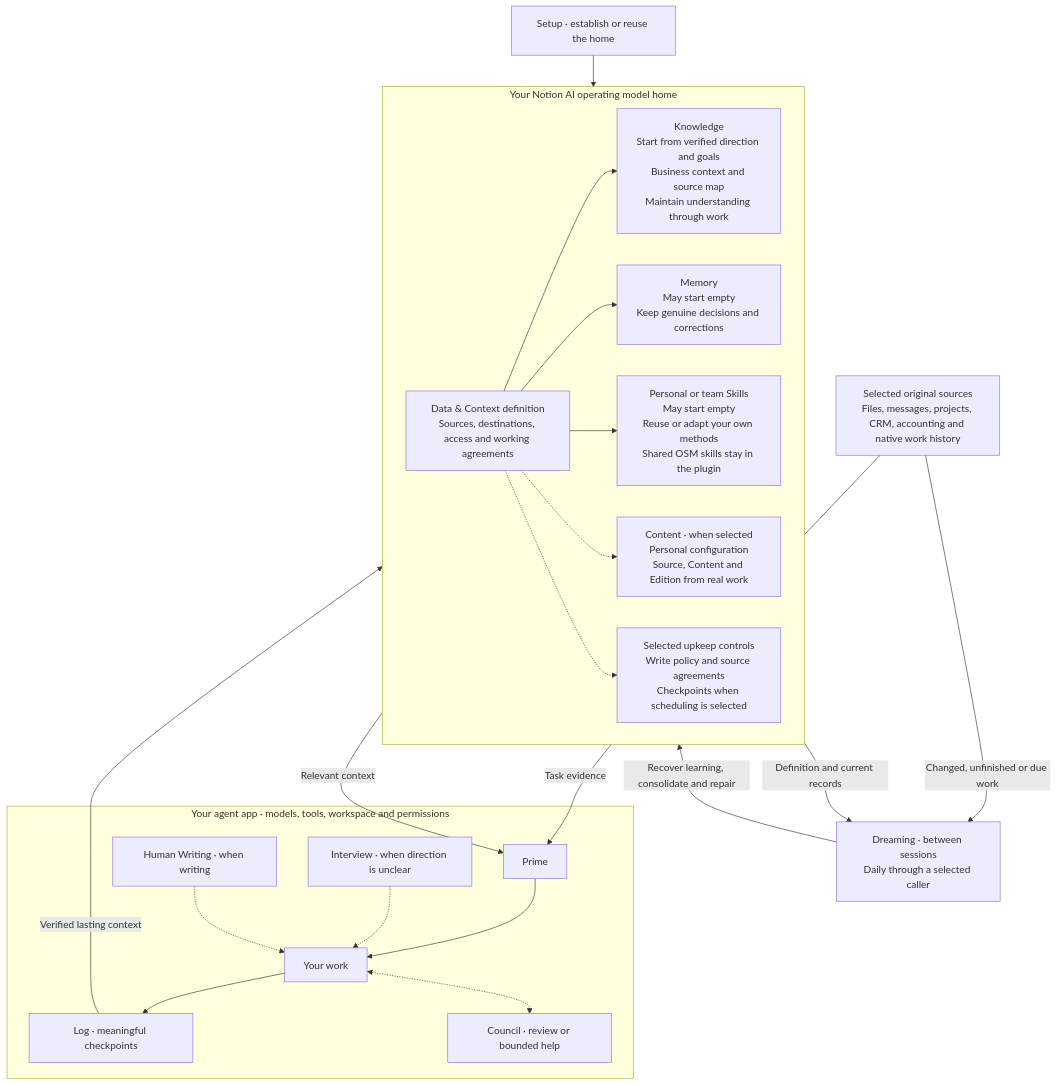
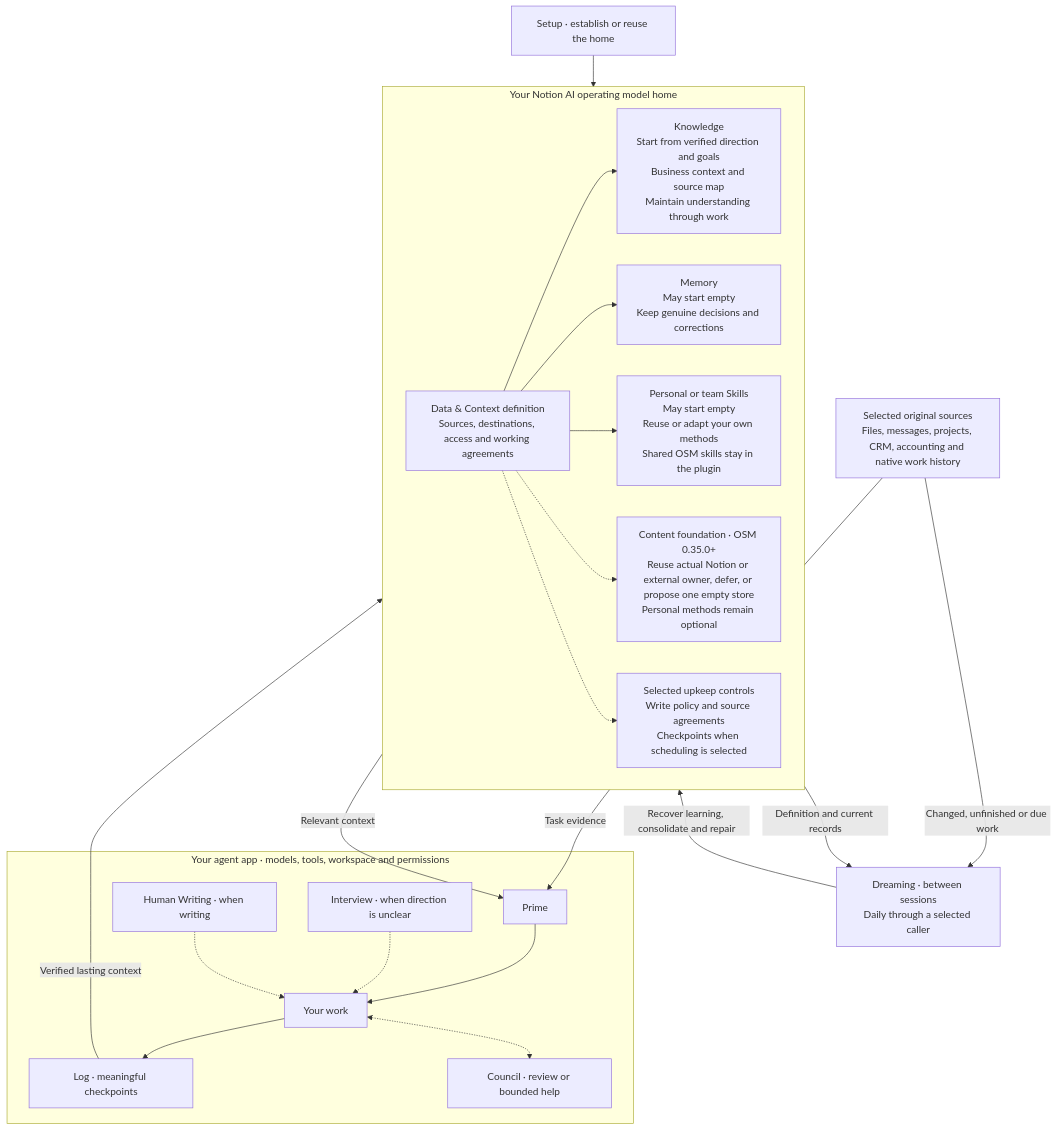
One commit to onlinesourdough/OSM-plugin changed the diagram in docs-publisher/originals/notion.guide.diagram.md. Above: the diagram before and after it, drawn with Mermaid. The commit also changed other lines of this file and 27 other files, not shown here.

Commit message:
Prepare OSM 0.35.0 with Notion-authored foundation and diagram exports

````diff
--- a/docs-publisher/originals/notion.guide.diagram.md
+++ b/docs-publisher/originals/notion.guide.diagram.md
@@ -16,36 +16,36 @@
 ```mermaid
 flowchart TB
   SETUP["Setup · establish or reuse the home"]
   SOURCES["Selected original sources<br/>Files, messages, projects, CRM, accounting and native work history"]
   subgraph AGENT["Your agent app · models, tools, workspace and permissions"]
     PRIME["Prime"]
     WORK["Your work"]
     LOG["Log · meaningful checkpoints"]
     INTERVIEW["Interview · when direction is unclear"]
     WRITING["Human Writing · when writing"]
     COUNCIL["Council · review or bounded help"]
     PRIME --> WORK --> LOG
     INTERVIEW -.-> WORK
     WRITING -.-> WORK
     WORK <-.-> COUNCIL
   end
   subgraph HOME["Your Notion AI operating model home"]
     DEFINITION["Data & Context definition<br/>Sources, destinations, access and working agreements"]
     KNOWLEDGE["Knowledge<br/>Start from verified direction and goals<br/>Business context and source map<br/>Maintain understanding through work"]
     MEMORY["Memory<br/>May start empty<br/>Keep genuine decisions and corrections"]
     SKILLS["Personal or team Skills<br/>May start empty<br/>Reuse or adapt your own methods<br/>Shared OSM skills stay in the plugin"]
-    CONTENT["Content · when selected<br/>Personal configuration<br/>Source, Content and Edition from real work"]
+    CONTENT["Content foundation · OSM 0.35.0+<br/>Reuse actual Notion or external owner, defer, or propose one empty store<br/>Personal methods remain optional"]
     DEFINITION --> KNOWLEDGE & MEMORY & SKILLS
     DEFINITION -.-> CONTENT
     CONTROLS["Selected upkeep controls<br/>Write policy and source agreements<br/>Checkpoints when scheduling is selected"]
     DEFINITION -.-> CONTROLS
   end
   DREAM["Dreaming · between sessions<br/>Daily through a selected caller"]
   SETUP --> HOME
   HOME -->|"Relevant context"| PRIME
   SOURCES -->|"Task evidence"| PRIME
   LOG -->|"Verified lasting context"| HOME
   HOME -->|"Definition and current records"| DREAM
   SOURCES -->|"Changed, unfinished or due work"| DREAM
   DREAM -->|"Recover learning, consolidate and repair"| HOME
 ```
````
